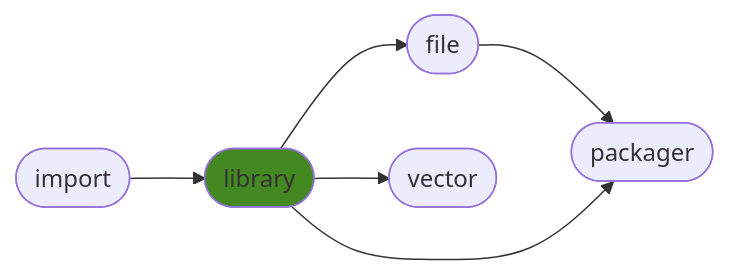
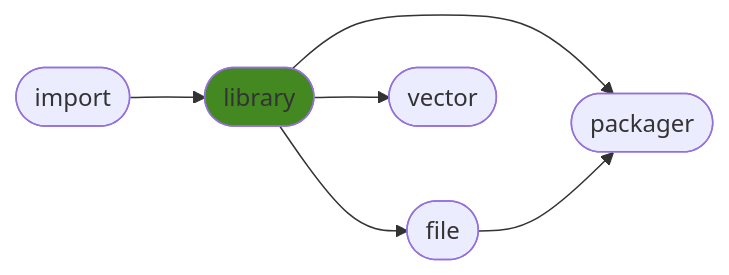
The diagram in README.md (ManderaGeneral/generallibrary), drawn with Mermaid before and after one commit. The commit also changed other lines of this file, not shown here.

````diff
--- a/README.md
+++ b/README.md
@@ -16,14 +16,14 @@
 ```mermaid
 flowchart LR
 1([library]) --> 3([vector])
-2([file]) --> 4([packager])
 1([library]) --> 4([packager])
 0([import]) --> 1([library])
 1([library]) --> 2([file])
+2([file]) --> 4([packager])
 click 0 "https://github.com/ManderaGeneral/generalimport"
 click 1 "https://github.com/ManderaGeneral/generallibrary"
 click 2 "https://github.com/ManderaGeneral/generalfile"
 click 3 "https://github.com/ManderaGeneral/generalvector"
 click 4 "https://github.com/ManderaGeneral/generalpackager"
 style 1 fill:#482
 ```
````
